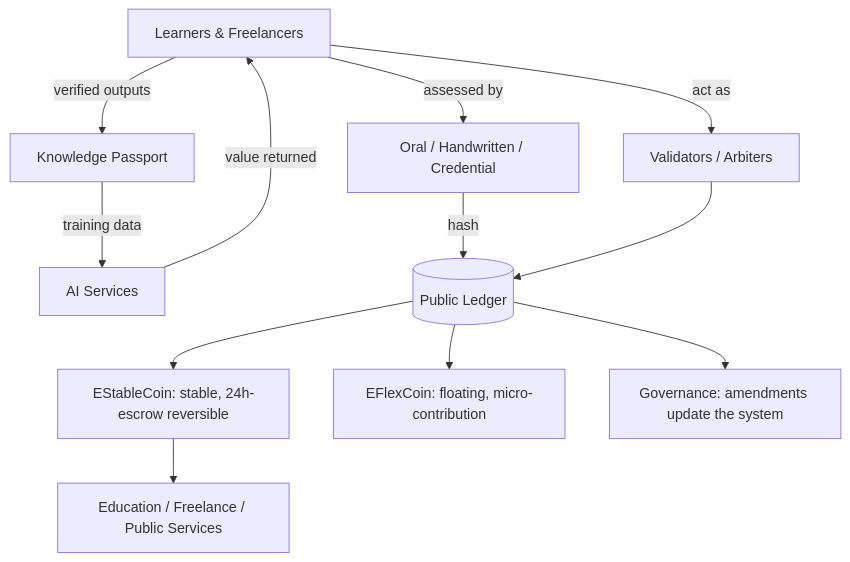
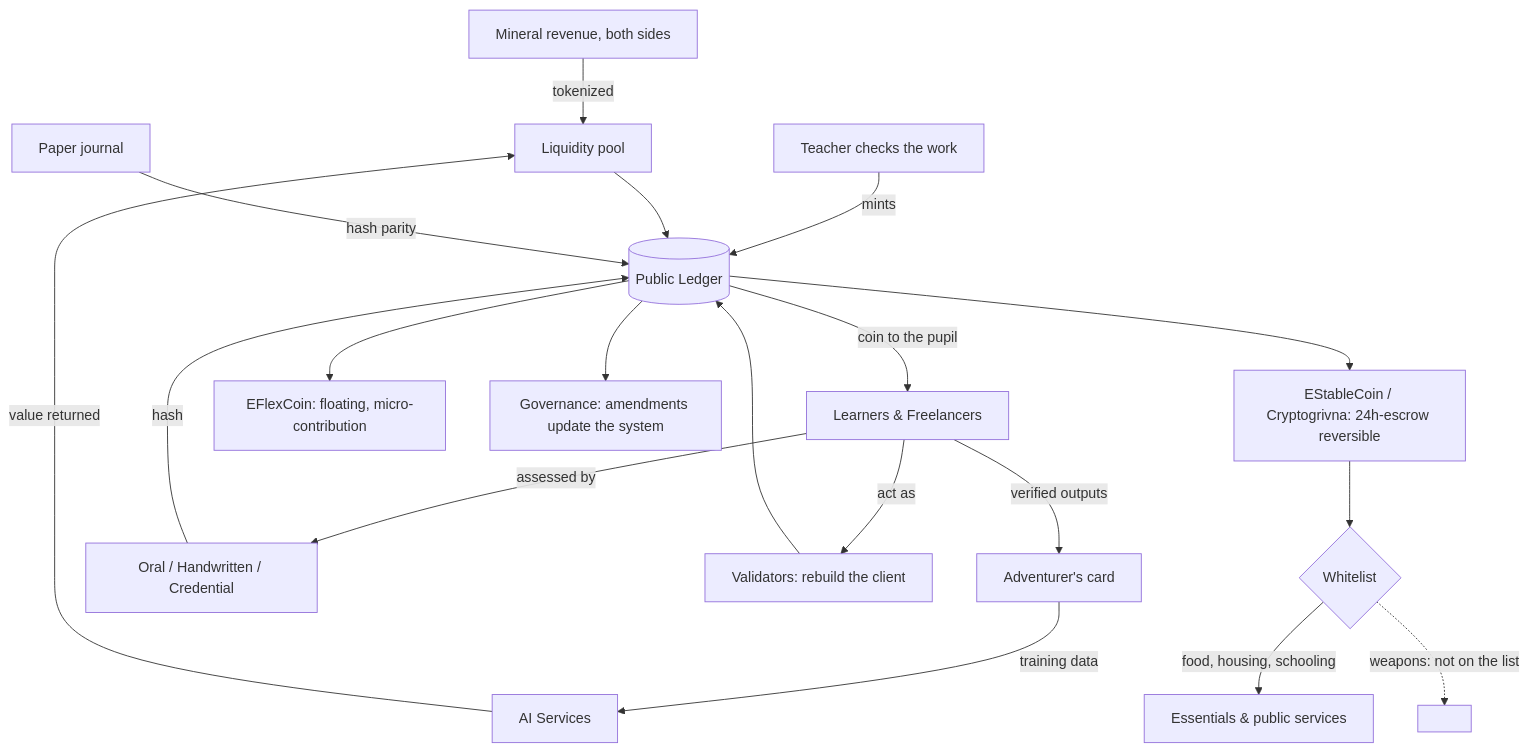
One commit to megumi-joy/EduStableCoin changed the diagram in WHITEPAPER.md. Above: the diagram before and after it, drawn with Mermaid. The commit also changed other lines of this file, not shown here.

````diff
--- a/WHITEPAPER.md
+++ b/WHITEPAPER.md
@@ -174,14 +295,21 @@
 ```mermaid
 flowchart TD
-    L[Learners & Freelancers] -->|verified outputs| KP[Knowledge Passport]
+    MIN[Mineral revenue, both sides] -->|tokenized| POOL[Liquidity pool]
+    L[Learners & Freelancers] -->|verified outputs| KP[Adventurer's card]
     KP -->|training data| AI[AI Services]
-    AI -->|value returned| L
+    AI -->|value returned| POOL
     L -->|assessed by| ASSESS[Oral / Handwritten / Credential]
     ASSESS -->|hash| BC[(Public Ledger)]
-    L -->|act as| V[Validators / Arbiters]
+    T[Teacher checks the work] -->|mints| BC
+    BC -->|coin to the pupil| L
+    L -->|act as| V[Validators: rebuild the client]
     V --> BC
-    BC --> ES[EStableCoin: stable, 24h-escrow reversible]
+    POOL --> BC
+    BC --> ES[EStableCoin / Cryptogrivna: 24h-escrow reversible]
     BC --> EF[EFlexCoin: floating, micro-contribution]
     BC --> GOV[Governance: amendments update the system]
-    ES --> SVC[Education / Freelance / Public Services]
+    ES --> WL{Whitelist}
+    WL -->|food, housing, schooling| SVC[Essentials & public services]
+    WL -.->|weapons: not on the list| X[ ]
+    PAPER[Paper journal] -->|hash parity| BC
 ```
````
